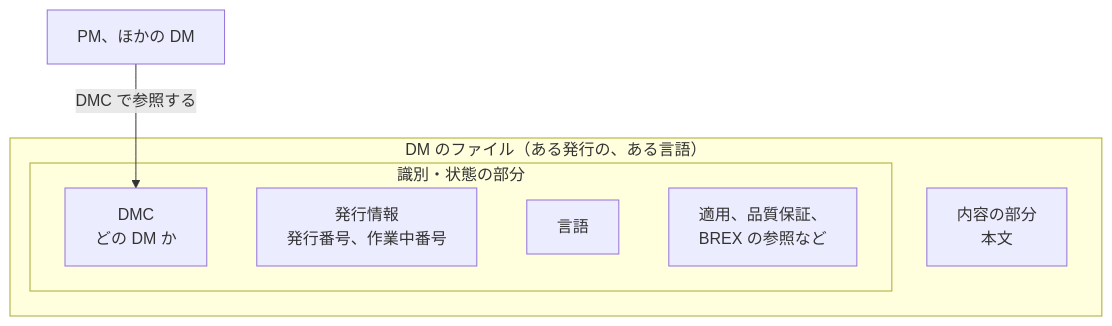
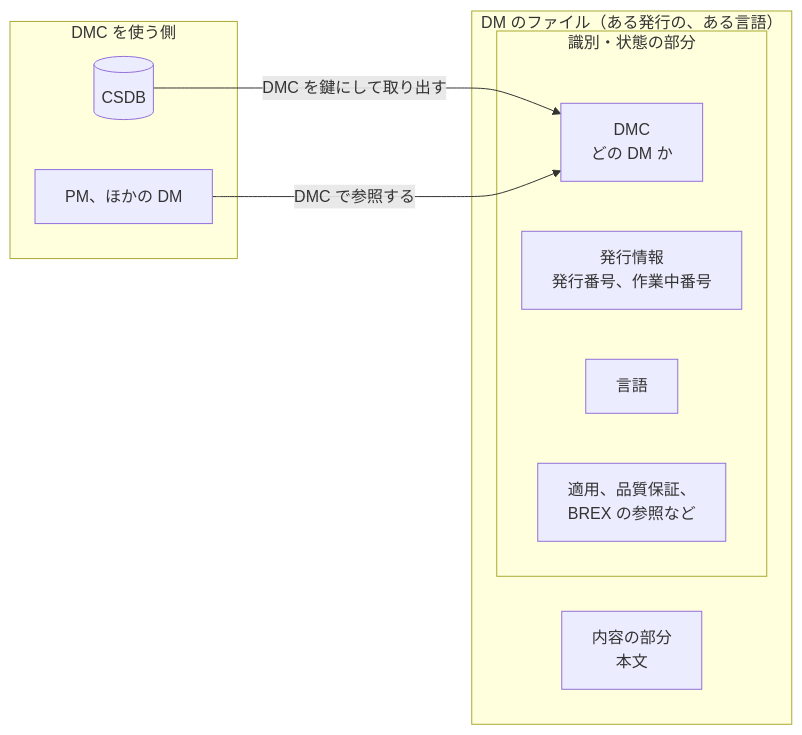
The second of 3 diagrams in books/s1000d-intro/core-concepts.md (shuji-bonji/zenn-articles), drawn with Mermaid before and after one commit. The commit also changed other lines of this file, not shown here.

Commit message:
fix: S1000D入門「中心概念」の役割の図に、CSDB が DMC を鍵にして DM を取り出す関係を追加
Claude-Session: https://claude.ai/code/session_01QqzguhuNYnvkNZkCj3NCsq

````diff
--- a/books/s1000d-intro/core-concepts.md
+++ b/books/s1000d-intro/core-concepts.md
@@ -64,13 +66,18 @@
 ```mermaid
-flowchart TB
+flowchart LR
+  subgraph USE["DMC を使う側"]
+    CSDB[("CSDB")]
+    REF["PM、ほかの DM"]
+  end
   subgraph FILE["DM のファイル（ある発行の、ある言語）"]
     subgraph ID["識別・状態の部分"]
       DMC["DMC<br/>どの DM か"]
       ISS["発行情報<br/>発行番号、作業中番号"]
       LANG["言語"]
       ETC["適用、品質保証、<br/>BREX の参照など"]
     end
     BODY["内容の部分<br/>本文"]
   end
-  REF["PM、ほかの DM"] -- "DMC で参照する" --> DMC
+  CSDB -- "DMC を鍵にして取り出す" --> DMC
+  REF -- "DMC で参照する" --> DMC
 ```
````
